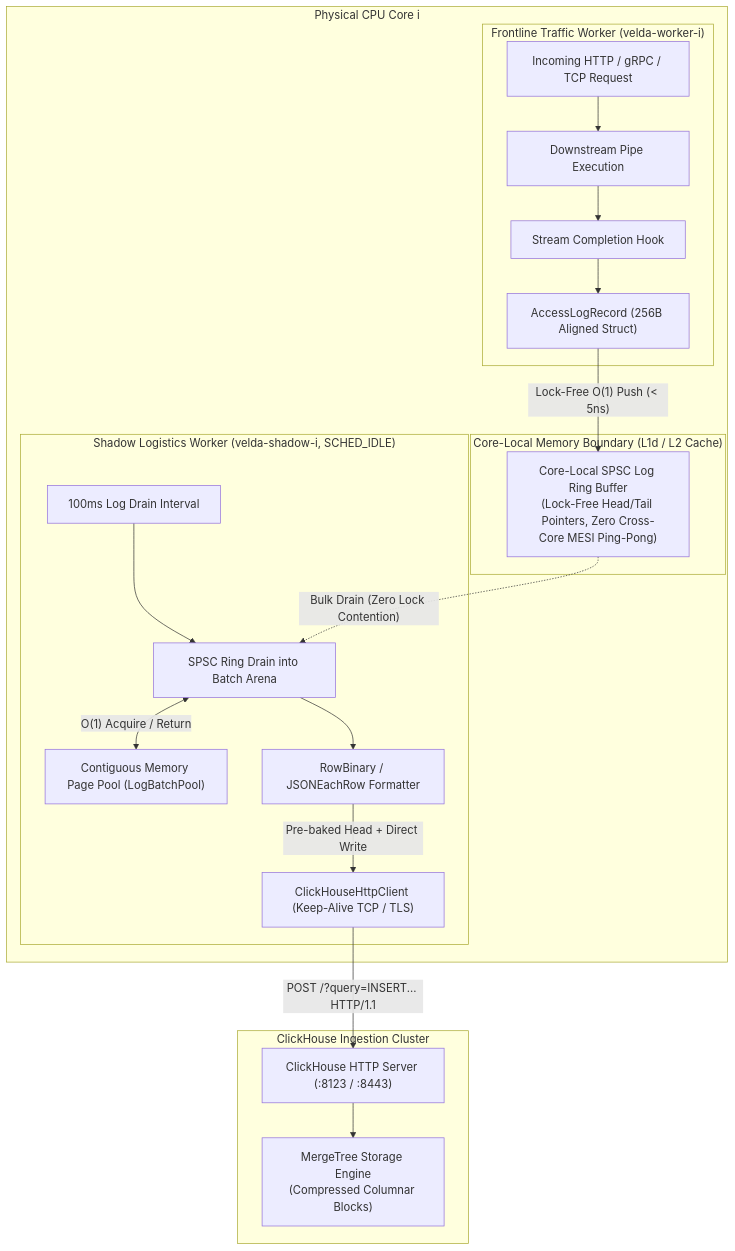
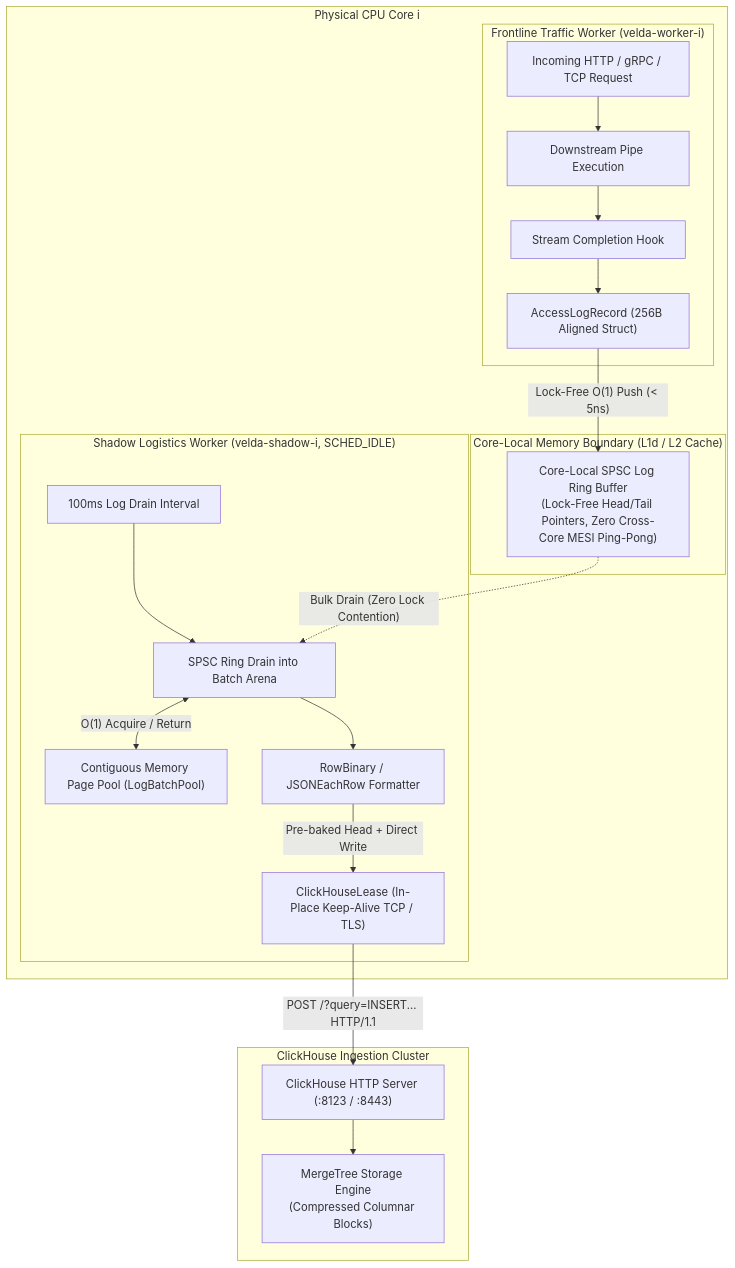
Before and after one commit to phucle996/velda-edge: the first of 3 diagrams in crates/velda-plugin/src/background/clickhouse_log_shipper/ARCHITECTURE.md, drawn with Mermaid. The commit also changed 71 other files, not shown here.

````diff
--- a/crates/velda-plugin/src/background/clickhouse_log_shipper/ARCHITECTURE.md
+++ b/crates/velda-plugin/src/background/clickhouse_log_shipper/ARCHITECTURE.md
@@ -11,41 +11,41 @@
 ```mermaid
 flowchart TD
     subgraph Core["Physical CPU Core i"]
         subgraph FrontlineWorker["Frontline Traffic Worker (velda-worker-i)"]
             REQ["Incoming HTTP / gRPC / TCP Request"]
             PIPELINE["Downstream Pipe Execution"]
             TELEMETRY["Stream Completion Hook"]
             RECORD["AccessLogRecord (256B Aligned Struct)"]
             
             REQ --> PIPELINE
             PIPELINE --> TELEMETRY
             TELEMETRY --> RECORD
         end
 
         subgraph CoreLocalRing["Core-Local Memory Boundary (L1d / L2 Cache)"]
             SPSC["Core-Local SPSC Log Ring Buffer\n(Lock-Free Head/Tail Pointers, Zero Cross-Core MESI Ping-Pong)"]
             RECORD -->|"Lock-Free O(1) Push (< 5ns)"| SPSC
         end
 
         subgraph ShadowWorker["Shadow Logistics Worker (velda-shadow-i, SCHED_IDLE)"]
             TICKER["100ms Log Drain Interval"]
             DRAIN["SPSC Ring Drain into Batch Arena"]
             POOL["Contiguous Memory Page Pool (LogBatchPool)"]
             SERIALIZER["RowBinary / JSONEachRow Formatter"]
-            CLIENT["ClickHouseHttpClient (Keep-Alive TCP / TLS)"]
+            CLIENT["ClickHouseLease (In-Place Keep-Alive TCP / TLS)"]
 
             TICKER --> DRAIN
             SPSC -.->|"Bulk Drain (Zero Lock Contention)"| DRAIN
             DRAIN <-->|"O(1) Acquire / Return"| POOL
             DRAIN --> SERIALIZER
             SERIALIZER -->|"Pre-baked Head + Direct Write"| CLIENT
         end
     end
 
     subgraph ClickHouseServer["ClickHouse Ingestion Cluster"]
         CH_HTTP["ClickHouse HTTP Server (:8123 / :8443)"]
         MERGETREE["MergeTree Storage Engine\n(Compressed Columnar Blocks)"]
         CLIENT -->|"POST /?query=INSERT... HTTP/1.1"| CH_HTTP
         CH_HTTP --> MERGETREE
     end
 ```
````
